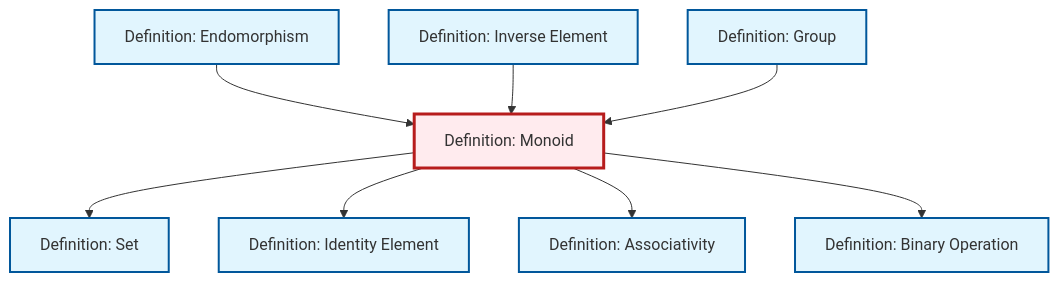
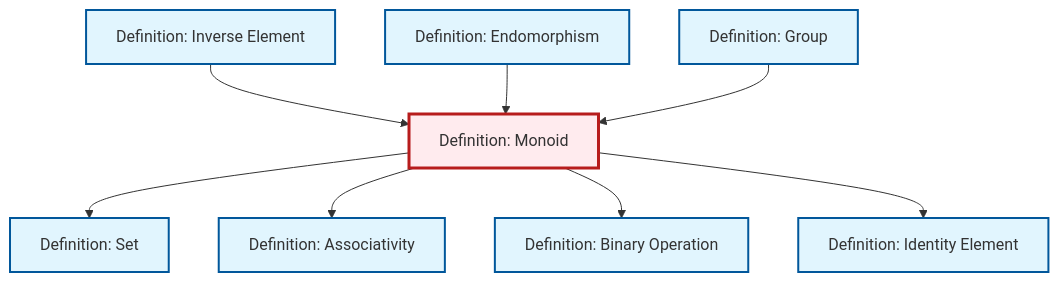
Before and after one commit to RK0429/ModernMath: the diagram in content/ja/algebra/def-monoid.qmd, drawn with Mermaid. The commit also changed other lines of this file and 654 other files, not shown here.

````diff
--- a/content/ja/algebra/def-monoid.qmd
+++ b/content/ja/algebra/def-monoid.qmd
@@ -82,32 +82,32 @@
 ```{mermaid}
 %%| fig-cap: "Local dependency graph"
 graph TD
     classDef definition fill:#e1f5fe,stroke:#01579b,stroke-width:2px
     classDef theorem fill:#f3e5f5,stroke:#4a148c,stroke-width:2px
     classDef axiom fill:#fff3e0,stroke:#e65100,stroke-width:2px
     classDef example fill:#e8f5e9,stroke:#1b5e20,stroke-width:2px
     classDef current fill:#ffebee,stroke:#b71c1c,stroke-width:3px
+    def-set["Definition: Set"]:::definition
     def-monoid["Definition: Monoid"]:::definition
+    def-inverse-element["Definition: Inverse Element"]:::definition
     def-group["Definition: Group"]:::definition
     def-binary-operation["Definition: Binary Operation"]:::definition
+    def-identity-element["Definition: Identity Element"]:::definition
+    def-endomorphism["Definition: Endomorphism"]:::definition
     def-associativity["Definition: Associativity"]:::definition
-    def-endomorphism["Definition: Endomorphism"]:::definition
-    def-inverse-element["Definition: Inverse Element"]:::definition
-    def-identity-element["Definition: Identity Element"]:::definition
-    def-set["Definition: Set"]:::definition
-    def-endomorphism --> def-monoid
     def-inverse-element --> def-monoid
     def-monoid --> def-set
+    def-monoid --> def-associativity
+    def-endomorphism --> def-monoid
+    def-monoid --> def-binary-operation
     def-monoid --> def-identity-element
-    def-monoid --> def-associativity
     def-group --> def-monoid
-    def-monoid --> def-binary-operation
     class def-monoid current
+    click def-set "def-set.html" "Definition: Setへ"
+    click def-inverse-element "def-inverse-element.html" "Definition: Inverse Elementへ"
     click def-group "def-group.html" "Definition: Groupへ"
     click def-binary-operation "def-binary-operation.html" "Definition: Binary Operationへ"
+    click def-identity-element "def-identity-element.html" "Definition: Identity Elementへ"
+    click def-endomorphism "def-endomorphism.html" "Definition: Endomorphismへ"
     click def-associativity "def-associativity.html" "Definition: Associativityへ"
-    click def-endomorphism "def-endomorphism.html" "Definition: Endomorphismへ"
-    click def-inverse-element "def-inverse-element.html" "Definition: Inverse Elementへ"
-    click def-identity-element "def-identity-element.html" "Definition: Identity Elementへ"
-    click def-set "def-set.html" "Definition: Setへ"
 ```
````
